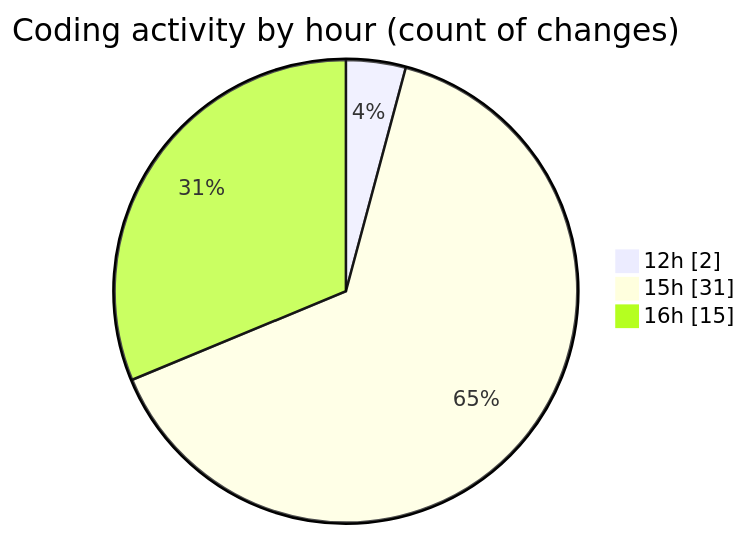
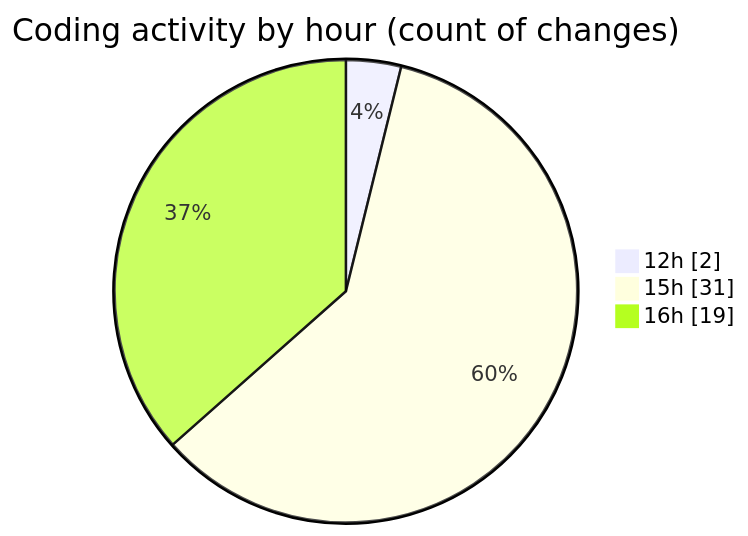
The second of 2 diagrams in 2025-02-26/cda/README.md (momahboobian/code-tracking), drawn with Mermaid before and after one commit. The commit also changed other lines of this file and 1 other file, not shown here.

````diff
--- a/2025-02-26/cda/README.md
+++ b/2025-02-26/cda/README.md
@@ -40,7 +40,7 @@
 ```mermaid
 pie showData
 title Coding activity by hour (count of changes)
 "12h" : 2
 "15h" : 31
-"16h" : 15
+"16h" : 19
 ```
````
